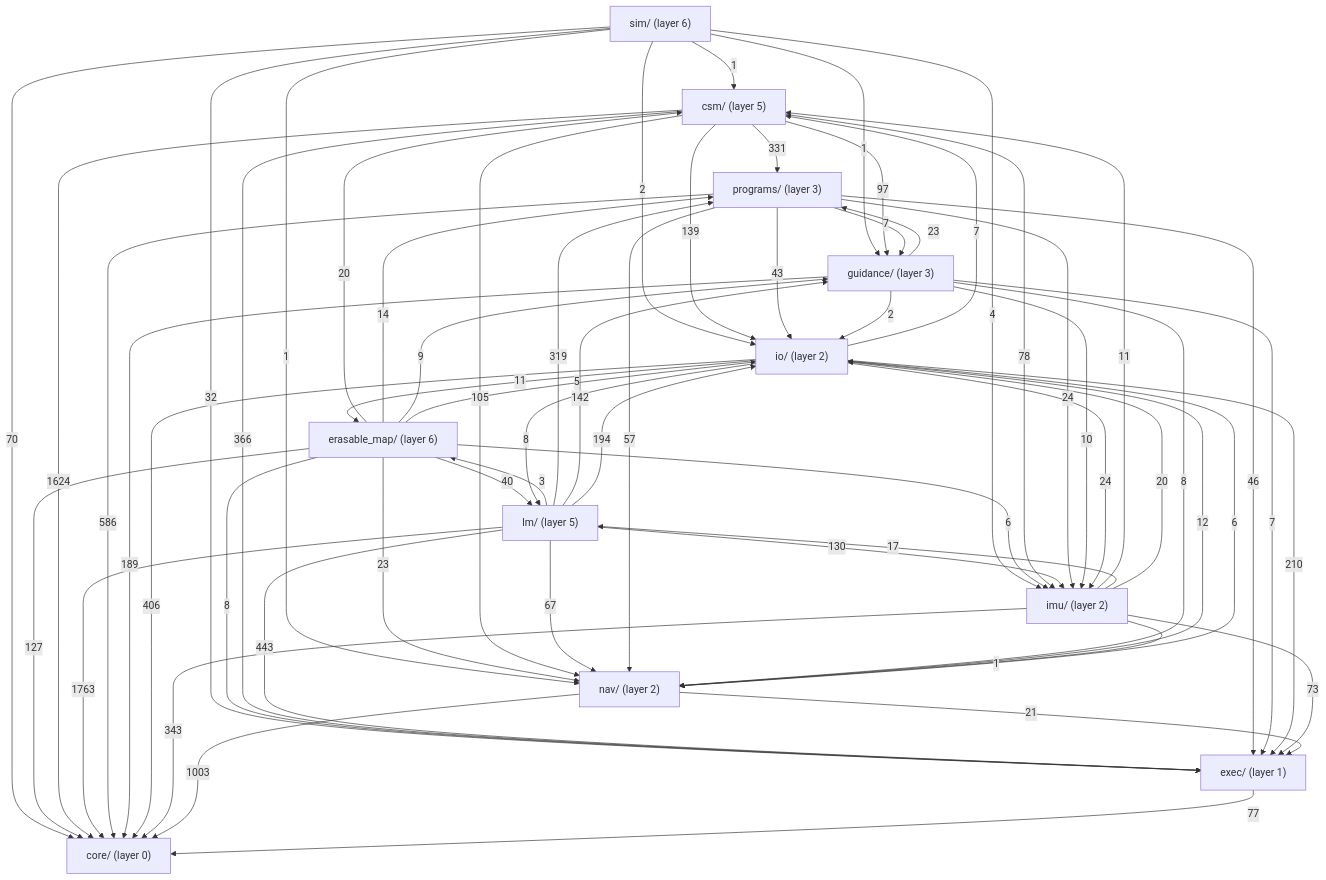
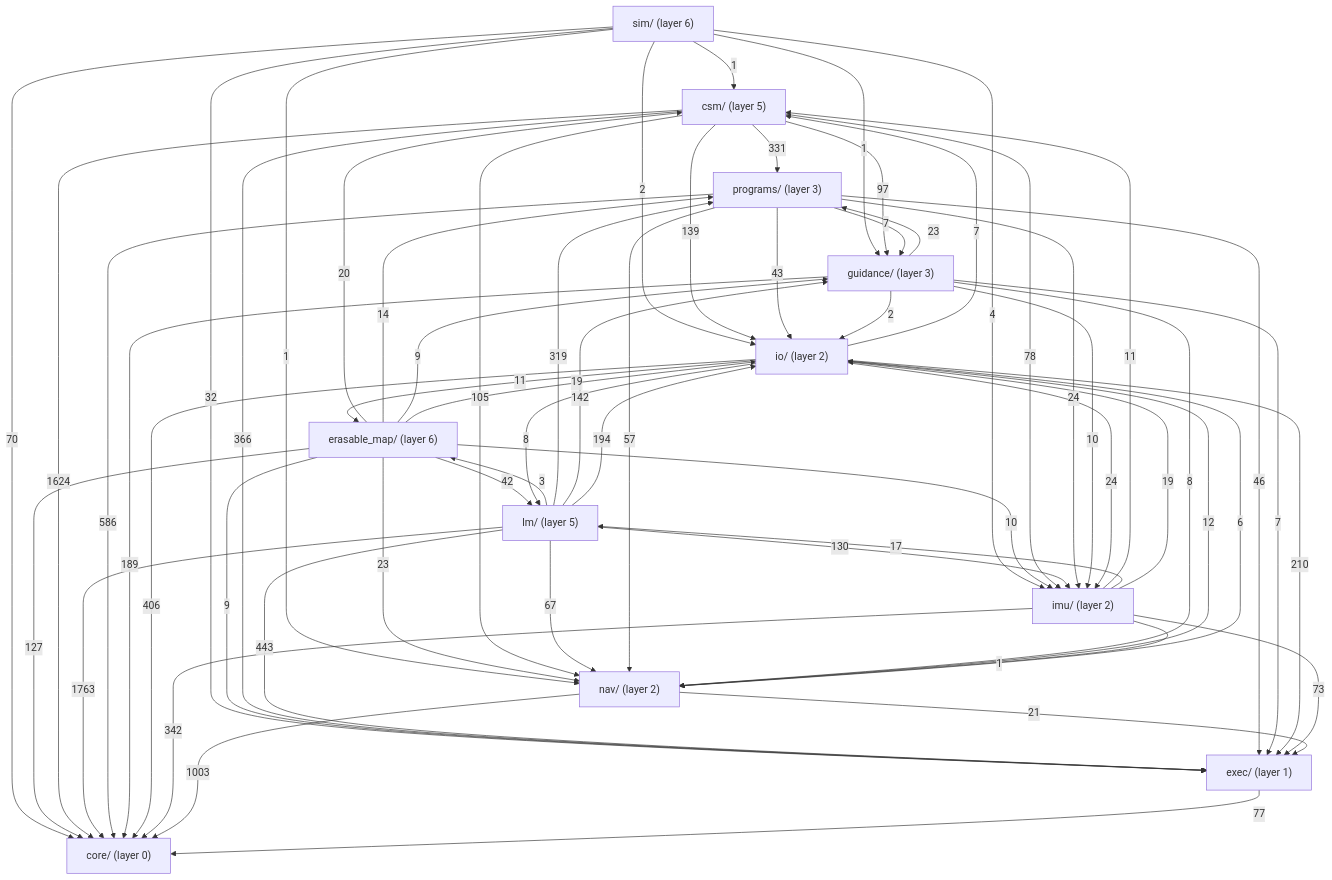
The second of 5 diagrams in docs/overview/README.md (bobjoe400/apollo-c), drawn with Mermaid before and after one commit. The commit also changed other lines of this file and 52 other files, not shown here.

````diff
--- a/docs/overview/README.md
+++ b/docs/overview/README.md
@@ -309,74 +333,74 @@
 ```mermaid
 flowchart TB
     sim["sim/ (layer 6)"]
     erasable_map["erasable_map/ (layer 6)"]
     csm["csm/ (layer 5)"]
     lm["lm/ (layer 5)"]
     programs["programs/ (layer 3)"]
     guidance["guidance/ (layer 3)"]
     io["io/ (layer 2)"]
     imu["imu/ (layer 2)"]
     nav["nav/ (layer 2)"]
     exec["exec/ (layer 1)"]
     core["core/ (layer 0)"]
     sim -->|1| csm
     sim -->|1| guidance
     sim -->|2| io
     sim -->|4| imu
     sim -->|1| nav
     sim -->|32| exec
     sim -->|70| core
     erasable_map -->|20| csm
-    erasable_map -->|40| lm
+    erasable_map -->|42| lm
     erasable_map -->|14| programs
     erasable_map -->|9| guidance
-    erasable_map -->|5| io
-    erasable_map -->|6| imu
+    erasable_map -->|19| io
+    erasable_map -->|10| imu
     erasable_map -->|23| nav
-    erasable_map -->|8| exec
+    erasable_map -->|9| exec
     erasable_map -->|127| core
     csm -->|331| programs
     csm -->|97| guidance
     csm -->|139| io
     csm -->|78| imu
     csm -->|105| nav
     csm -->|366| exec
     csm -->|1624| core
     lm -->|3| erasable_map
     lm -->|319| programs
     lm -->|142| guidance
     lm -->|194| io
     lm -->|130| imu
     lm -->|67| nav
     lm -->|443| exec
     lm -->|1763| core
     programs -->|7| guidance
     programs -->|43| io
     programs -->|24| imu
     programs -->|57| nav
     programs -->|46| exec
     programs -->|586| core
     guidance -->|23| programs
     guidance -->|2| io
     guidance -->|10| imu
     guidance -->|8| nav
     guidance -->|7| exec
     guidance -->|189| core
     io -->|11| erasable_map
     io -->|7| csm
     io -->|8| lm
     io -->|24| imu
     io -->|12| nav
     io -->|210| exec
     io -->|406| core
     imu -->|11| csm
     imu -->|17| lm
-    imu -->|20| io
+    imu -->|19| io
     imu -->|1| nav
     imu -->|73| exec
-    imu -->|343| core
+    imu -->|342| core
     nav -->|6| io
     nav -->|21| exec
     nav -->|1003| core
     exec -->|77| core
 ```
````
